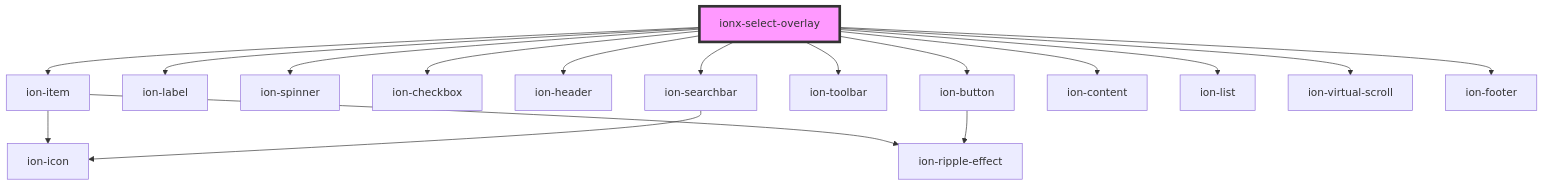
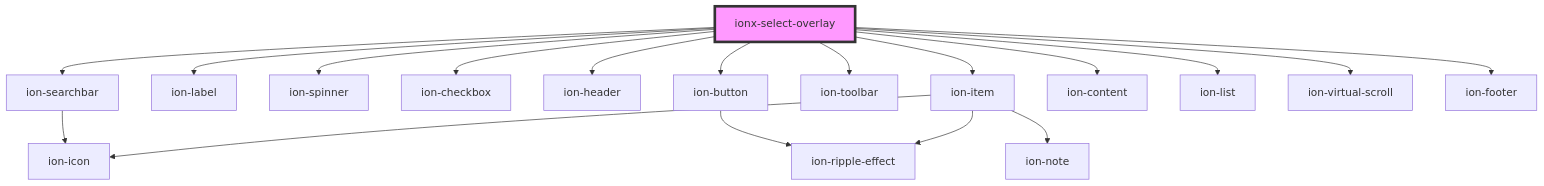
The diagram in modules/Select/src/readme.md (co-mmons/ionx), drawn with Mermaid before and after one commit. The commit also changed 29 other files, not shown here.

````diff
--- a/modules/Select/src/readme.md
+++ b/modules/Select/src/readme.md
@@ -44,20 +44,21 @@
 ```mermaid
 graph TD;
   ionx-select-overlay --> ion-item
   ionx-select-overlay --> ion-label
   ionx-select-overlay --> ion-spinner
   ionx-select-overlay --> ion-checkbox
   ionx-select-overlay --> ion-header
   ionx-select-overlay --> ion-button
   ionx-select-overlay --> ion-toolbar
   ionx-select-overlay --> ion-searchbar
   ionx-select-overlay --> ion-content
   ionx-select-overlay --> ion-list
   ionx-select-overlay --> ion-virtual-scroll
   ionx-select-overlay --> ion-footer
   ion-item --> ion-icon
   ion-item --> ion-ripple-effect
+  ion-item --> ion-note
   ion-button --> ion-ripple-effect
   ion-searchbar --> ion-icon
   style ionx-select-overlay fill:#f9f,stroke:#333,stroke-width:4px
 ```
````
